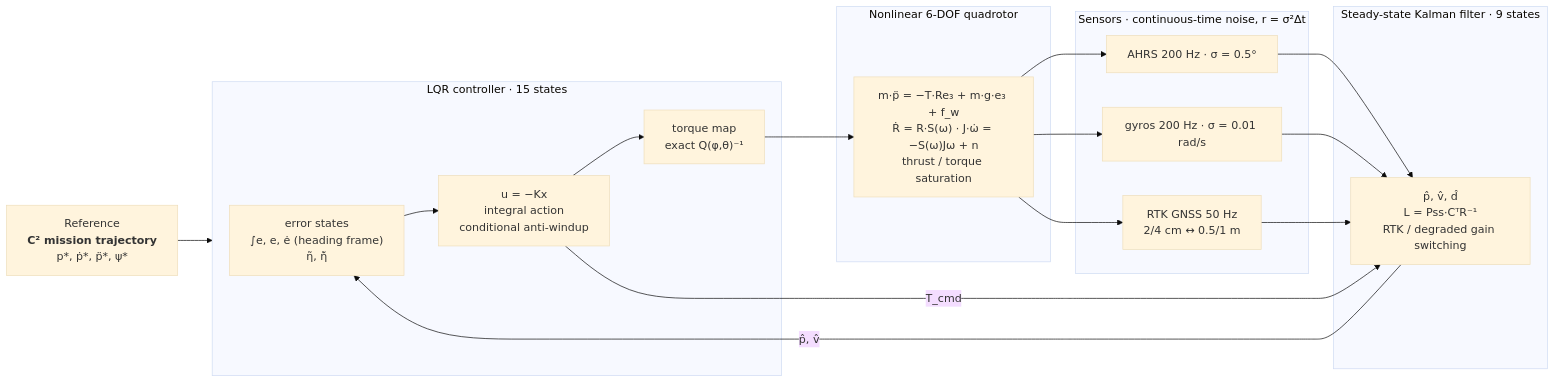
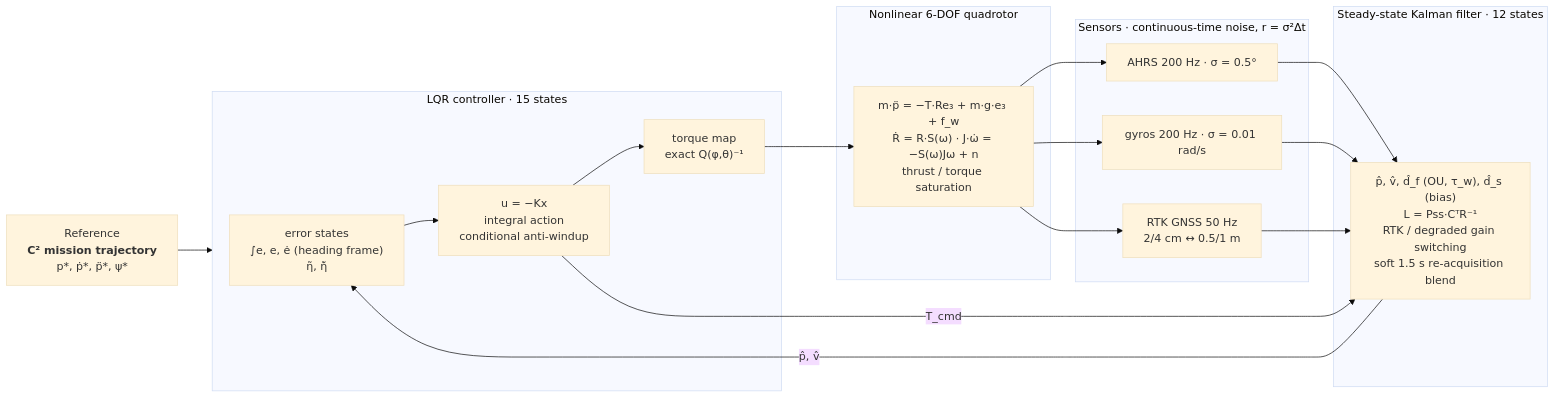
One commit to HZZ2Z/Aerial-Robotics-Project changed the diagram in README.md. Above: the diagram before and after it, drawn with Mermaid (base theme). The commit also changed other lines of this file and 24 other files, not shown here.

````diff
--- a/README.md
+++ b/README.md
@@ -55,31 +57,31 @@
 ```mermaid
 flowchart LR
     GEN["Reference<br/><b>C² mission trajectory</b><br/>p*, ṗ*, p̈*, ψ*"] --> CTL
 
-    subgraph EST["Steady-state Kalman filter · 9 states"]
-        KF["p̂, v̂, d̂<br/>L = Pss·CᵀR⁻¹<br/>RTK / degraded gain switching"]
-    end
+subgraph EST["Steady-state Kalman filter · 12 states"]
+    KF["p̂, v̂, d̂_f (OU, τ_w), d̂_s (bias)<br/>L = Pss·CᵀR⁻¹<br/>RTK / degraded gain switching<br/>soft 1.5 s re-acquisition blend"]
+end
 
     subgraph CTL["LQR controller · 15 states"]
         ERR["error states<br/>∫e, e, ė (heading frame)<br/>η̃, η̇̃"]
         LQR["u = −Kx<br/>integral action<br/>conditional anti-windup"]
         TQ["torque map<br/>exact Q(φ,θ)⁻¹"]
         ERR --> LQR --> TQ
     end
 
     subgraph PLT["Nonlinear 6-DOF quadrotor"]
         QUAD["m·p̈ = −T·Re₃ + m·g·e₃ + f_w<br/>Ṙ = R·S(ω) · J·ω̇ = −S(ω)Jω + n<br/>thrust / torque saturation"]
     end
 
     subgraph SNS["Sensors · continuous-time noise, r = σ²Δt"]
         AH["AHRS 200 Hz · σ = 0.5°"]
         GY["gyros 200 Hz · σ = 0.01 rad/s"]
         GN["RTK GNSS 50 Hz<br/>2/4 cm ↔ 0.5/1 m"]
     end
 
     TQ --> QUAD
     QUAD --> AH & GY & GN
     AH & GY & GN --> KF
     KF -- "p̂, v̂" --> ERR
     LQR -- "T_cmd" --> KF
 ```
````
